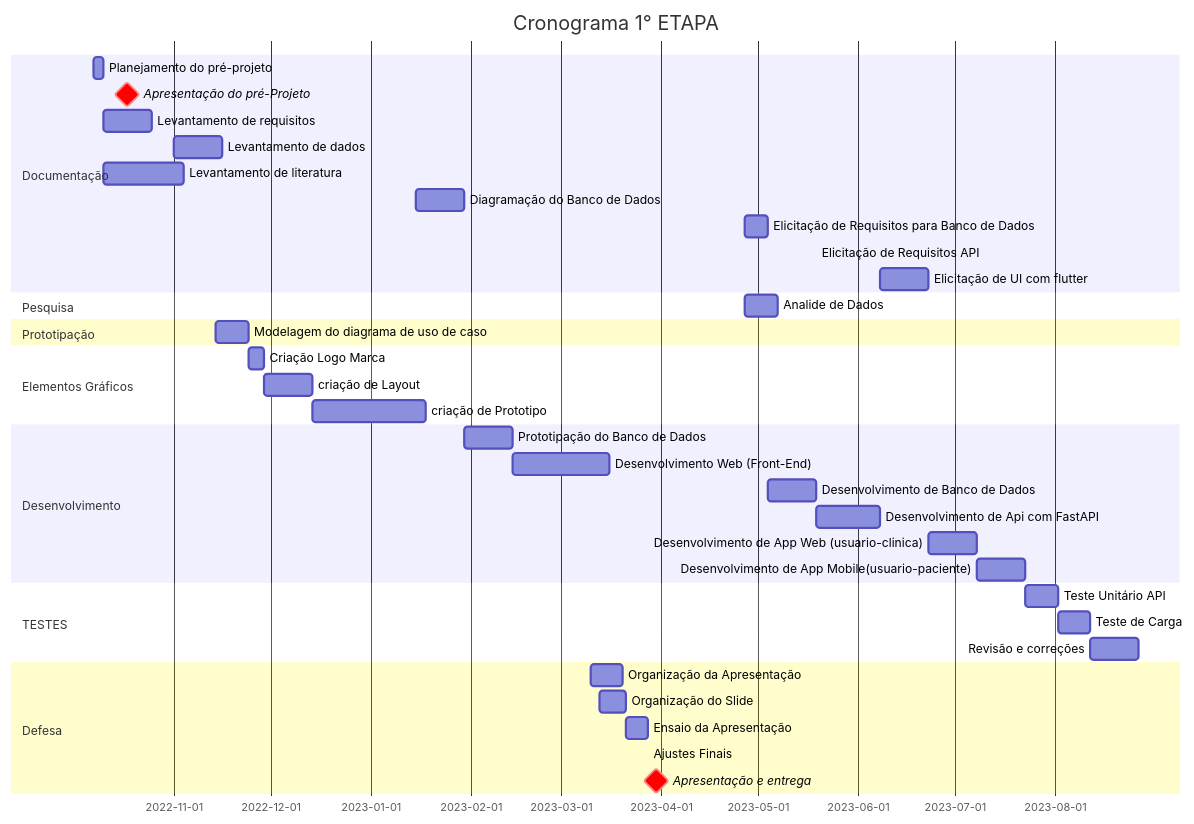
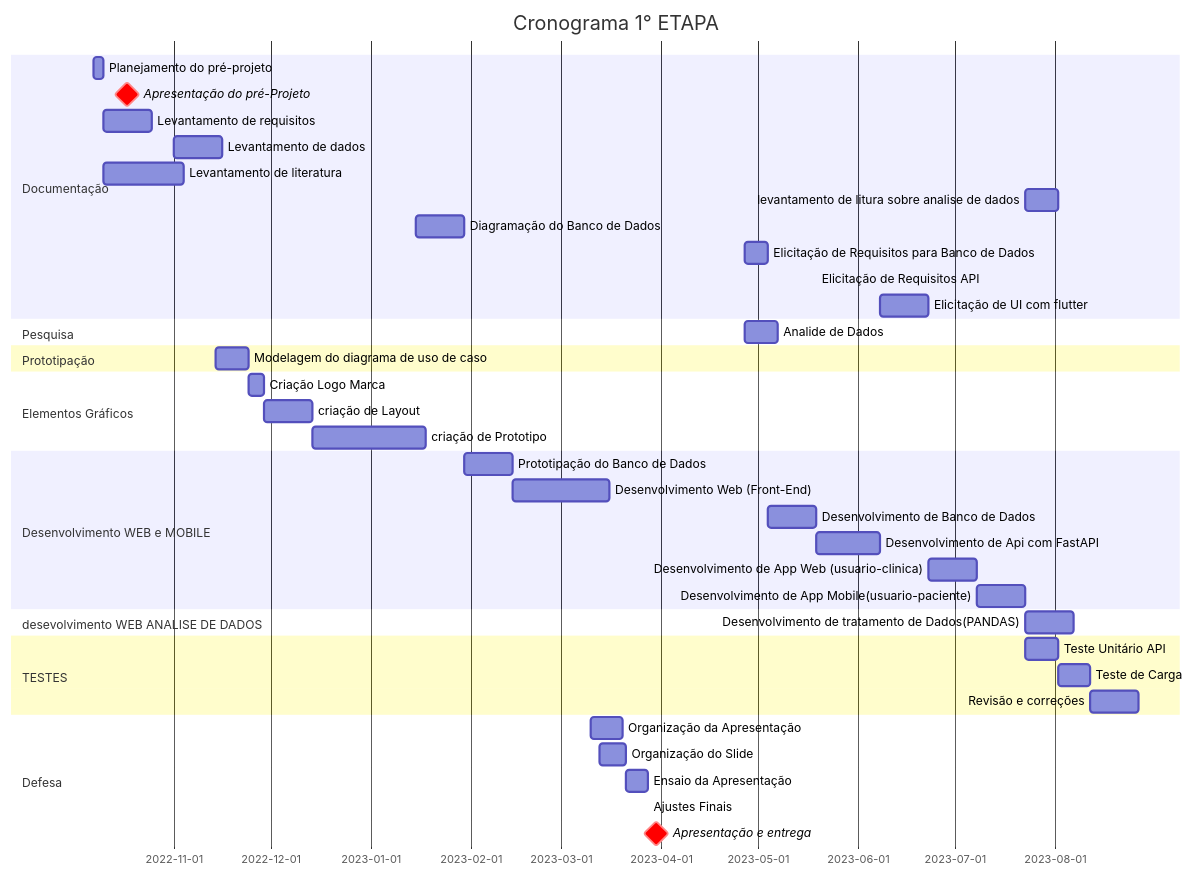
Before and after one commit to GstavRocha/DiaaDia: the diagram in Documentation/Documentation_dataBase/documentação.md, drawn with Mermaid.

Commit message:
atualiza

````diff
--- a/Documentation/Documentation_dataBase/documentação.md
+++ b/Documentation/Documentation_dataBase/documentação.md
@@ -2,49 +2,53 @@
 ``` mermaid
     gantt
     title Cronograma 1° ETAPA
     dateFormat  YYYY-MM-DD
     section Documentação
     Planejamento do pré-projeto :a1,2022-10-07, 3d
     Apresentação do  pré-Projeto      :crit,milestone, 2022-10-17, 1d
     Levantamento de requisitos  :a2, after a1, 15d
     Levantamento de dados       :a3,2022-11-01, 15d
     Levantamento de literatura  :a3, after a1, 25d
+    levantamento de litura sobre analise de dados: m9, after m8, 10d
     
     Diagramação do Banco de Dados :d1, 2023-01-15, 15d
     Elicitação de Requisitos para Banco de Dados: f5, after d11, 7d
     Elicitação de Requisitos API: h6, after g5, 7 d
     Elicitação de UI com flutter: l10, after j7, 15d
 
     section Pesquisa
     Analide de Dados            :b3, after b2, 10d
     section Prototipação
     Modelagem do diagrama de uso de caso: c1, 2022-11-14,10d
     section Elementos Gráficos
     Criação Logo Marca          :c2, after c1, 5d
     criação de Layout           :c3, after c2, 15d
     criação de Prototipo        :c4, after c3, 35d
-    section Desenvolvimento 
+    section Desenvolvimento WEB e MOBILE
    
     Prototipação do Banco de Dados :d2, after d1, 15d
     Desenvolvimento Web (Front-End) :d3, after d2, 30d
     Desenvolvimento de Banco de Dados: g5,after f5, 15d
     
     Desenvolvimento de Api com FastAPI: j7, after h6, 20d
     Desenvolvimento de App Web (usuario-clinica): m7,after l10, 15d
     Desenvolvimento de App Mobile(usuario-paciente): m8, after m7, 15d
+    section desevolvimento WEB ANALISE DE DADOS
+
+    Desenvolvimento de tratamento de Dados(PANDAS): m9, after m8, 15d
 
     section TESTES 
     Teste Unitário API: n10, after m8, 10d
     Teste de Carga: n11, after n10, 10d
     Revisão e correções: p5, after n11, 15d
     
     section Defesa
     Organização da Apresentação :e1,2023-03-10, 10d
     Organização do Slide :e1,2023-03-13,8d
     Ensaio da Apresentação :e2,after e1, 7d
     Ajustes Finais : e3,after e2, 23
     Apresentação e entrega  :crit,milestone,2023-03-30, 1d
   
     
 
 ```
````
